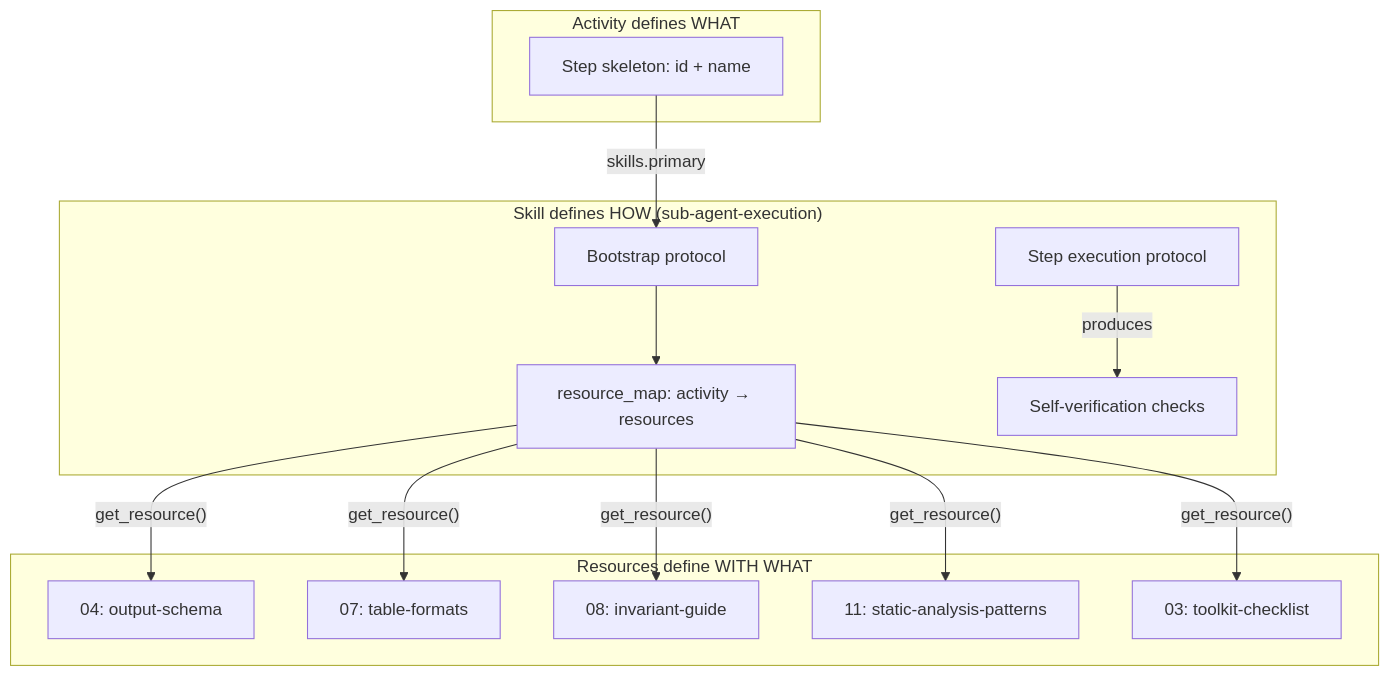
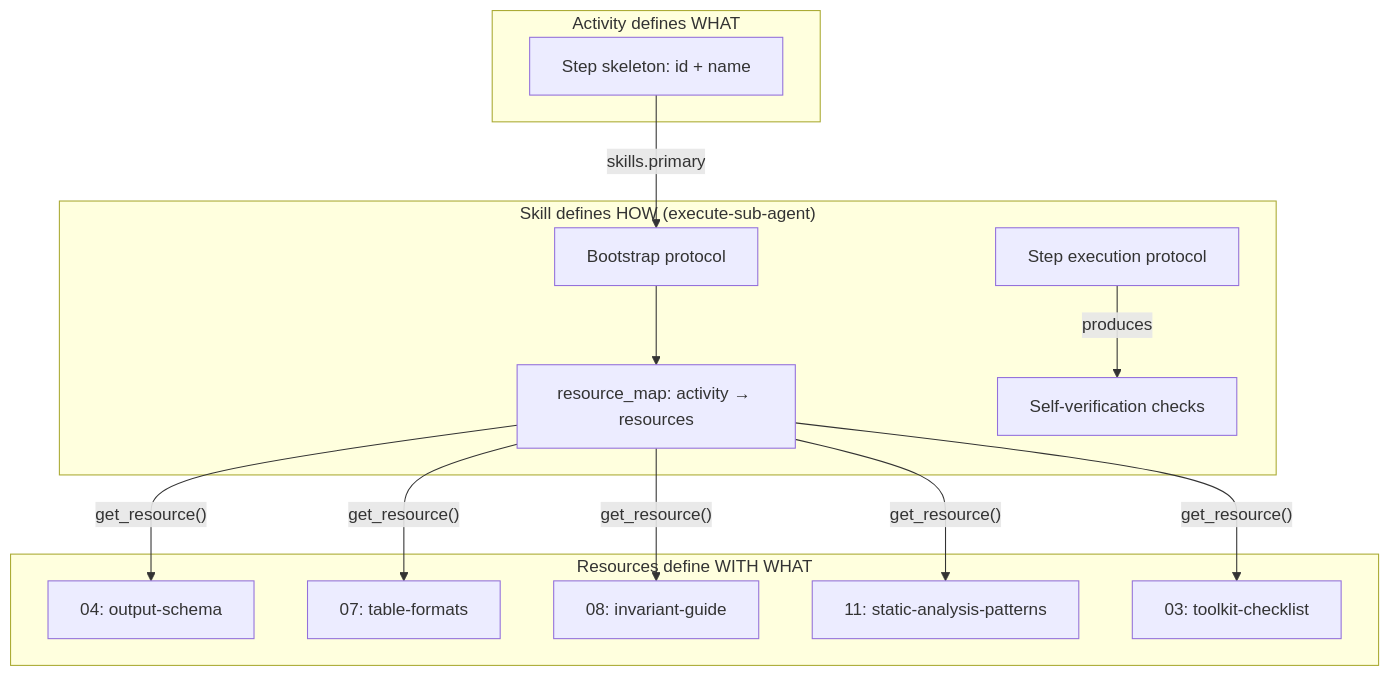
The sixth of 6 diagrams in substrate-node-security-audit/README.md (m2ux/workflow-server), drawn with Mermaid before and after one commit. The commit also changed other lines of this file and 27 other files, not shown here.

````diff
--- a/substrate-node-security-audit/README.md
+++ b/substrate-node-security-audit/README.md
@@ -193,27 +193,27 @@
 ```mermaid
 graph TD
     subgraph activity [Activity defines WHAT]
         STEPS["Step skeleton: id + name"]
     end
-    subgraph skill ["Skill defines HOW (sub-agent-execution)"]
+    subgraph skill ["Skill defines HOW (execute-sub-agent)"]
         BOOT[Bootstrap protocol]
         RMAP["resource_map: activity → resources"]
         EXEC[Step execution protocol]
         VERIFY[Self-verification checks]
     end
     subgraph resources [Resources define WITH WHAT]
         R04["04: output-schema"]
         R07["07: table-formats"]
         R08["08: invariant-guide"]
         R11["11: static-analysis-patterns"]
         R03["03: toolkit-checklist"]
     end
     STEPS -->|"skills.primary"| BOOT
     BOOT --> RMAP
     RMAP -->|"get_resource()"| R04
     RMAP -->|"get_resource()"| R07
     RMAP -->|"get_resource()"| R08
     RMAP -->|"get_resource()"| R11
     RMAP -->|"get_resource()"| R03
     EXEC -->|produces| VERIFY
 ```
````
